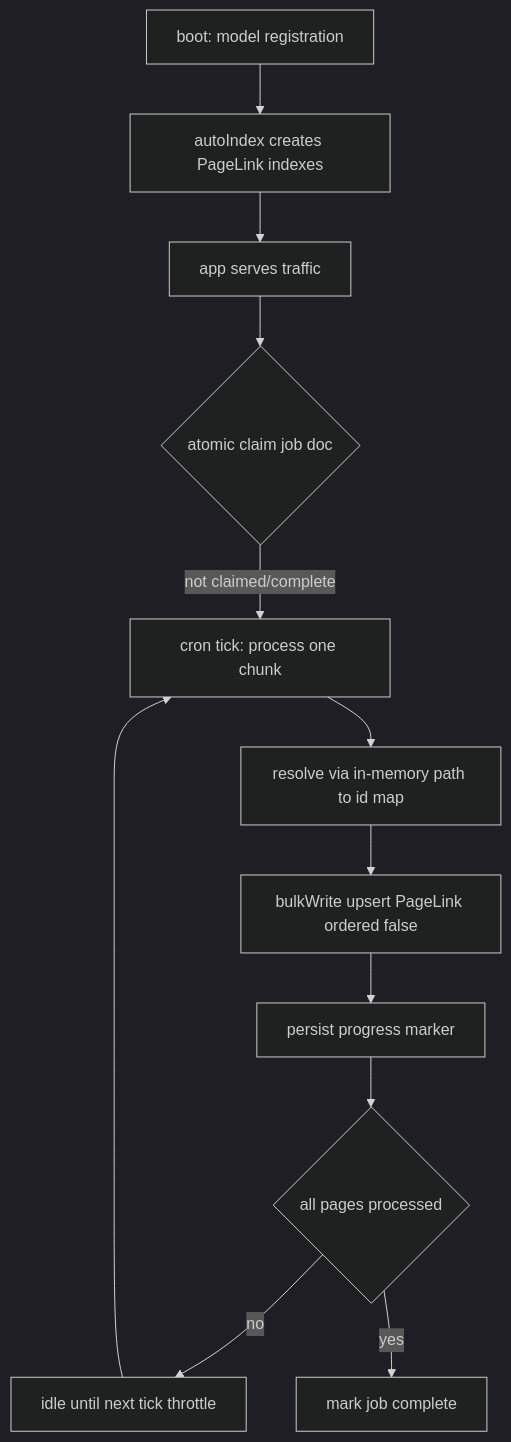
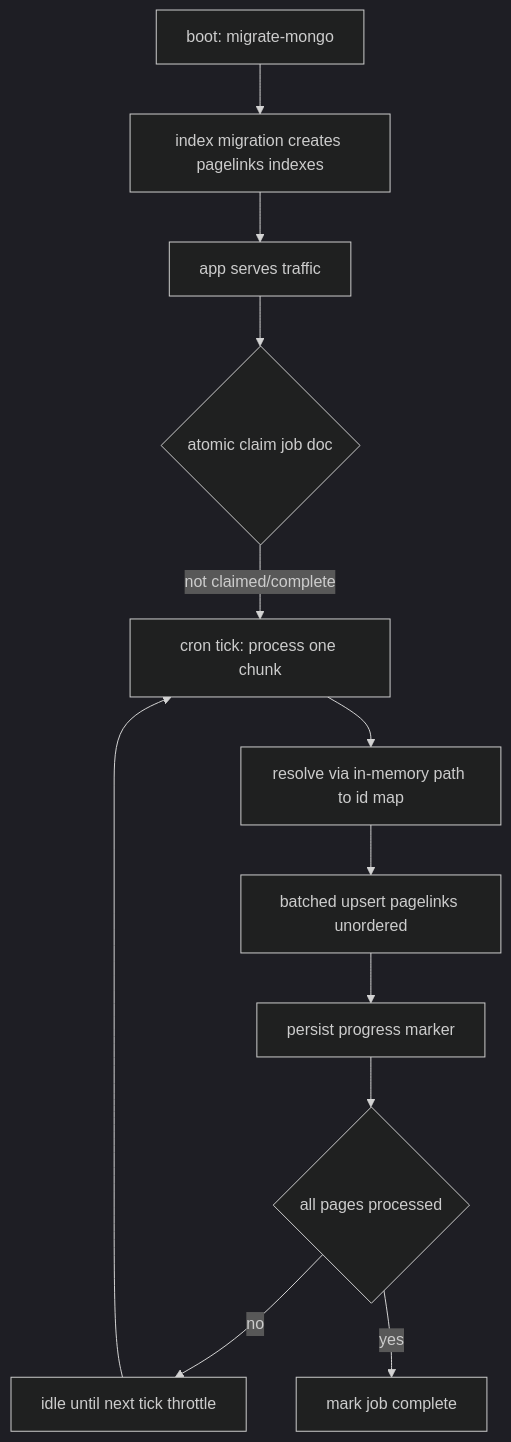
Before and after one commit to growilabs/growi: the fifth of 5 diagrams in .kiro/specs/backlinks/design.md, drawn with Mermaid (dark theme). The commit also changed other lines of this file and 2 other files, not shown here.

First line of the commit message:
docs(backlinks-spec): bring B5 up to the Prisma model and close the B5.4-to-B5.6 gap

````diff
--- a/.kiro/specs/backlinks/design.md
+++ b/.kiro/specs/backlinks/design.md
@@ -895,14 +994,14 @@
 ```mermaid
 graph TB
-    Boot[boot: model registration] --> Idx[autoIndex creates PageLink indexes]
+    Boot[boot: migrate-mongo] --> Idx[index migration creates pagelinks indexes]
     Idx --> Serve[app serves traffic]
     Serve --> Claim{atomic claim job doc}
     Claim -- not claimed/complete --> Tick[cron tick: process one chunk]
     Tick --> Map[resolve via in-memory path to id map]
-    Map --> Bulk[bulkWrite upsert PageLink ordered false]
+    Map --> Bulk[batched upsert pagelinks unordered]
     Bulk --> Save[persist progress marker]
     Save --> Done{all pages processed}
     Done -- no --> Idle[idle until next tick throttle]
     Idle --> Tick
     Done -- yes --> Mark[mark job complete]
 ```
````
